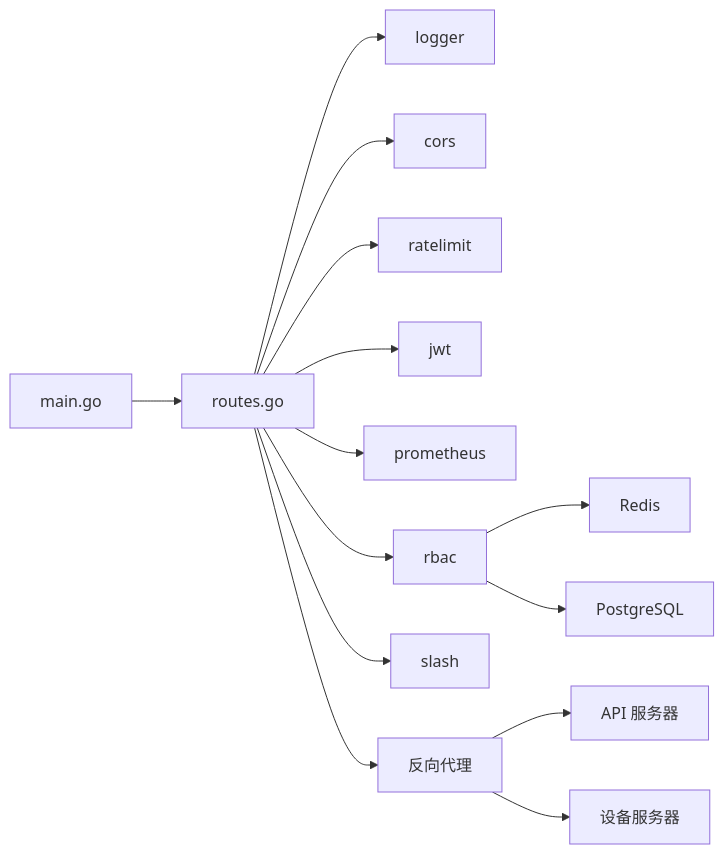
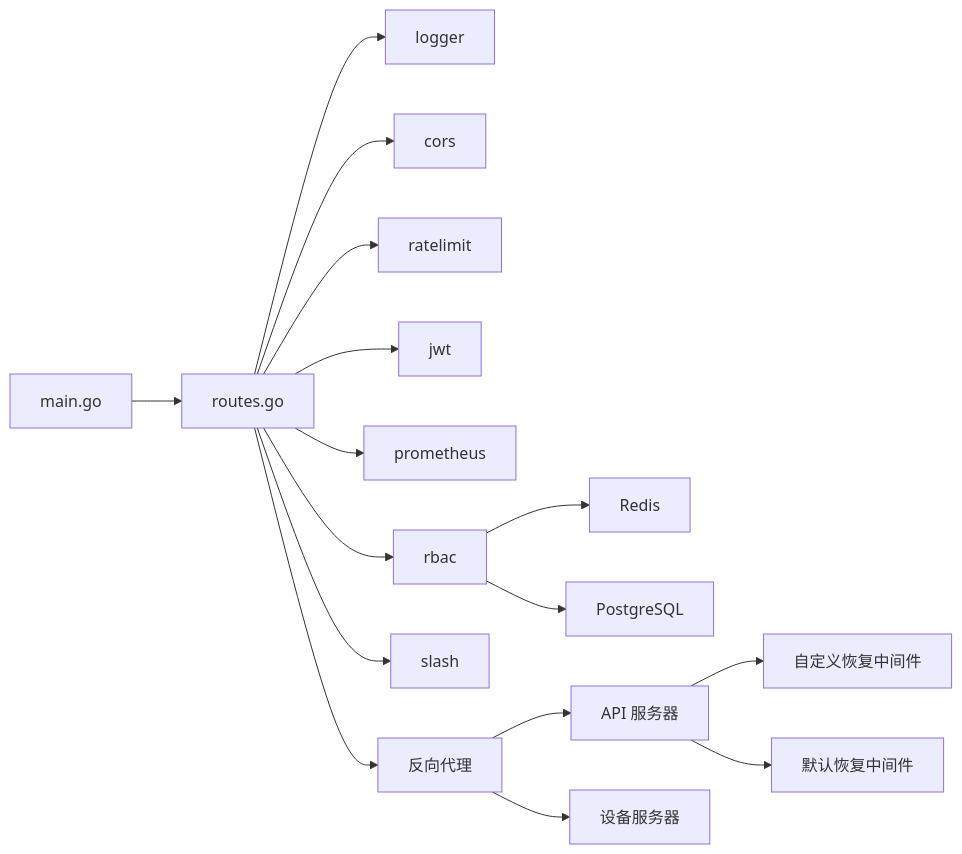
The seventh of 7 diagrams in .qoder/repowiki/zh/content/API服务器/配置与中间件.md (mcmrzy/cs_inv_monitor-develop), drawn with Mermaid before and after one commit. The commit also changed other lines of this file and 88 other files, not shown here.

````diff
--- a/.qoder/repowiki/zh/content/API服务器/配置与中间件.md
+++ b/.qoder/repowiki/zh/content/API服务器/配置与中间件.md
@@ -303,16 +338,18 @@
 ```mermaid
 graph LR
 Main["main.go"] --> Routes["routes.go"]
 Routes --> MW1["logger"]
 Routes --> MW2["cors"]
 Routes --> MW3["ratelimit"]
 Routes --> MW4["jwt"]
 Routes --> MW5["prometheus"]
 Routes --> MW6["rbac"]
 Routes --> MW7["slash"]
 Routes --> Proxy["反向代理"]
 MW6 --> Redis["Redis"]
 MW6 --> PG["PostgreSQL"]
 Proxy --> API["API 服务器"]
 Proxy --> Device["设备服务器"]
+API --> CustomRecovery["自定义恢复中间件"]
+API --> DefaultRecovery["默认恢复中间件"]
 ```
````
